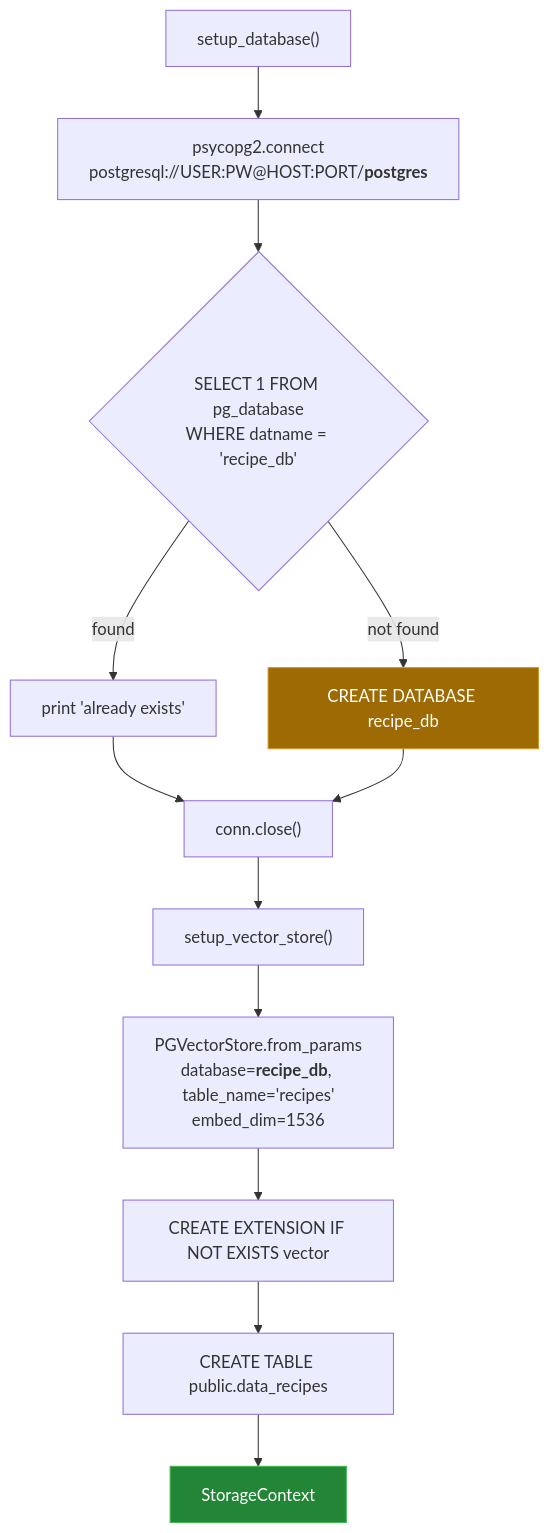
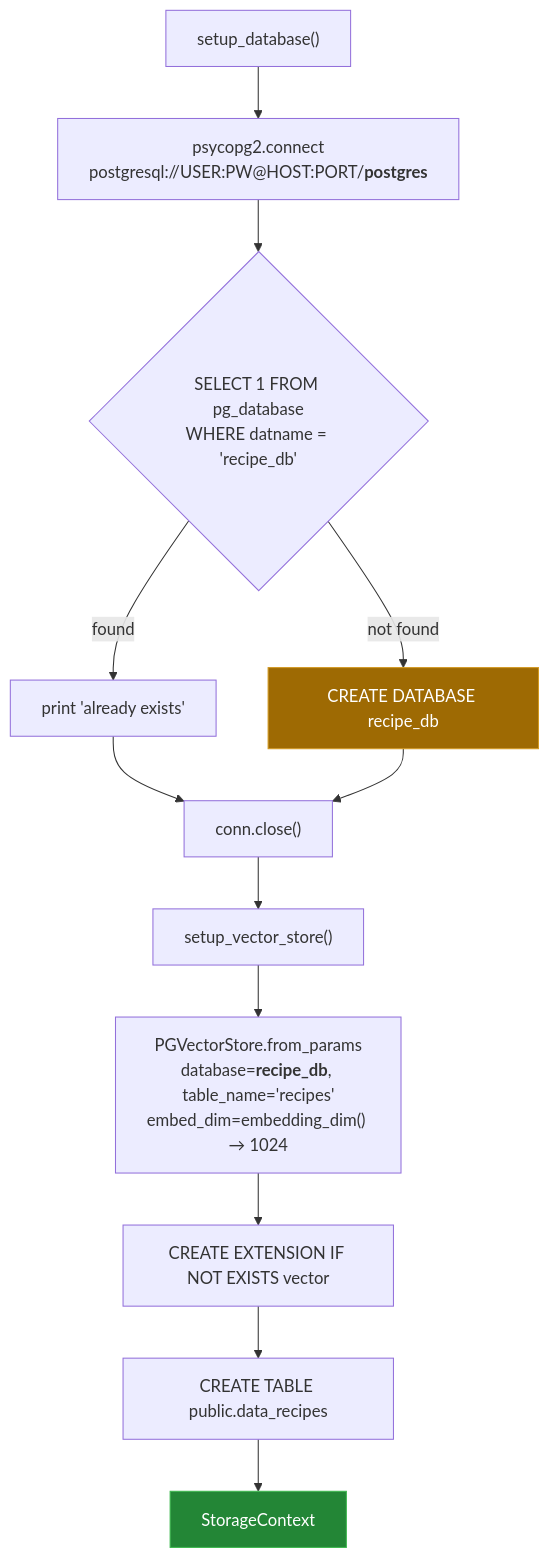
Before and after one commit to Bissbert/cookingRAG: the diagram in docs/04-storage.md, drawn with Mermaid. The commit also changed other lines of this file and 10 other files, not shown here.

````diff
--- a/docs/04-storage.md
+++ b/docs/04-storage.md
@@ -14,17 +14,17 @@
 ```mermaid
 flowchart TD
     A["setup_database()"] --> B["psycopg2.connect<br/>postgresql://USER:PW@HOST:PORT/<b>postgres</b>"]
     B --> C{"SELECT 1 FROM pg_database<br/>WHERE datname = 'recipe_db'"}
     C -- found --> D["print 'already exists'"]
     C -- not found --> E["CREATE DATABASE recipe_db"]
     D --> F["conn.close()"]
     E --> F
     F --> G["setup_vector_store()"]
-    G --> H["PGVectorStore.from_params<br/>database=<b>recipe_db</b>, table_name='recipes'<br/>embed_dim=1536"]
+    G --> H["PGVectorStore.from_params<br/>database=<b>recipe_db</b>, table_name='recipes'<br/>embed_dim=embedding_dim() → 1024"]
     H --> I["CREATE EXTENSION IF NOT EXISTS vector"]
     I --> J["CREATE TABLE public.data_recipes"]
     J --> K["StorageContext"]
 
     style E fill:#9e6a03,stroke:#d29922,color:#fff
     style K fill:#238636,stroke:#3fb950,color:#fff
 ```
````
